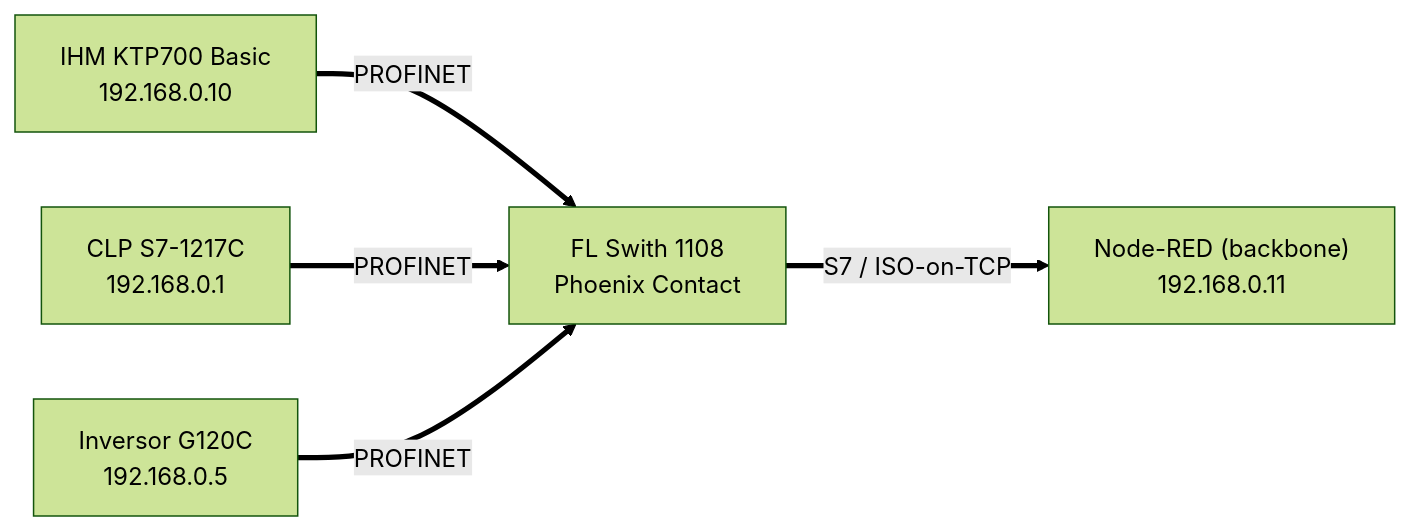
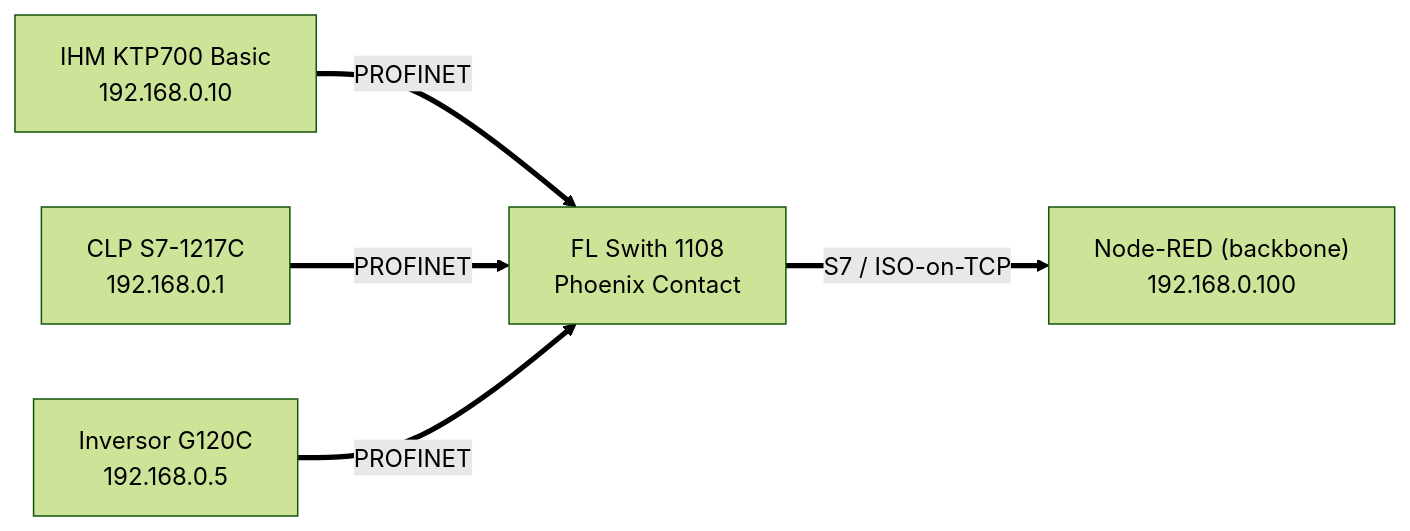
The first of 2 diagrams in NEXUS/rede-profinet/README.md (Scheeffer/Project_Nexus), drawn with Mermaid (forest theme) before and after one commit. The commit also changed other lines of this file, not shown here.

````diff
--- a/NEXUS/rede-profinet/README.md
+++ b/NEXUS/rede-profinet/README.md
@@ -44,7 +57,7 @@
 ```mermaid
 flowchart LR
     IHM["IHM KTP700 Basic<br/>192.168.0.10"] == "PROFINET" ==> SW["FL Swith 1108 <br/>Phoenix Contact"]
     PLC["CLP S7-1217C<br/>192.168.0.1"] == "PROFINET" ==> SW
     G120["Inversor G120C<br/>192.168.0.5"] == "PROFINET" ==> SW
-    SW == "S7 / ISO-on-TCP" ==> NR["Node-RED (backbone)<br/>192.168.0.11"]
+    SW == "S7 / ISO-on-TCP" ==> NR["Node-RED (backbone)<br/>192.168.0.100"]
 ```
````
